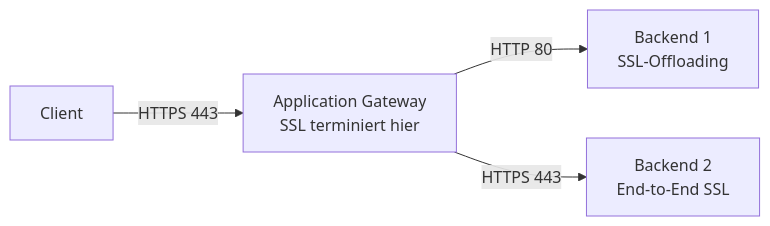
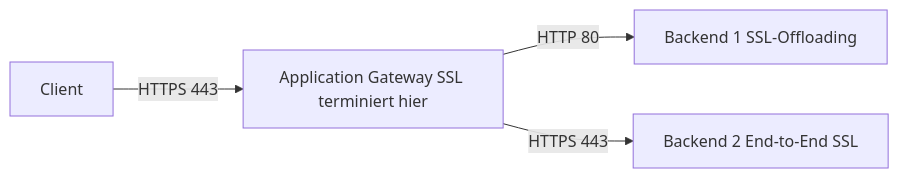
The fifth of 6 diagrams in Microsoft 365/Azure/Netzwerk/Azure Application Gateway.md (SoniiiT/notes-n-docs), drawn with Mermaid before and after one commit. The commit also changed other lines of this file and 124 other files, not shown here.

First line of the commit message:
fix: Entferne \n aus allen Mermaid-Diagrammen (125 Dateien)

````diff
--- a/Microsoft 365/Azure/Netzwerk/Azure Application Gateway.md
+++ b/Microsoft 365/Azure/Netzwerk/Azure Application Gateway.md
@@ -229,6 +229,6 @@
 ```mermaid
 graph LR
-    CLIENT[Client] -->|HTTPS 443| AGW[Application Gateway\nSSL terminiert hier]
-    AGW -->|HTTP 80| BE1[Backend 1\nSSL-Offloading]
-    AGW -->|HTTPS 443| BE2[Backend 2\nEnd-to-End SSL]
+    CLIENT[Client] -->|HTTPS 443| AGW[Application Gateway SSL terminiert hier]
+    AGW -->|HTTP 80| BE1[Backend 1 SSL-Offloading]
+    AGW -->|HTTPS 443| BE2[Backend 2 End-to-End SSL]
 ```
````
